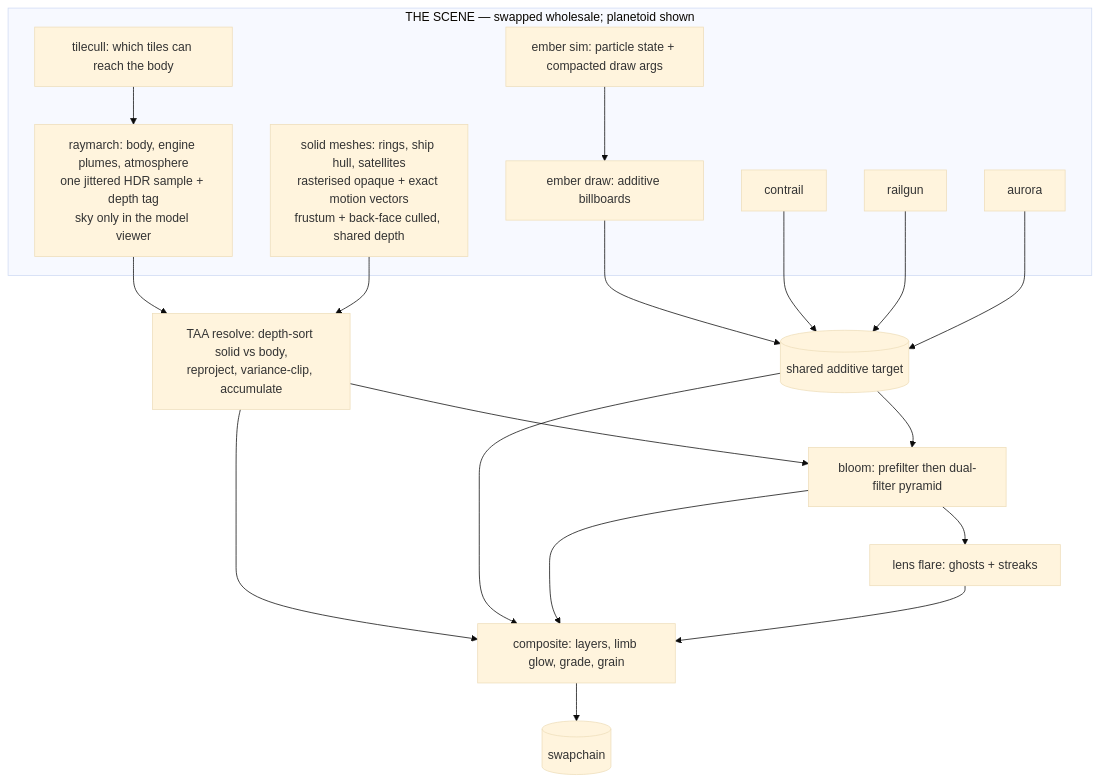
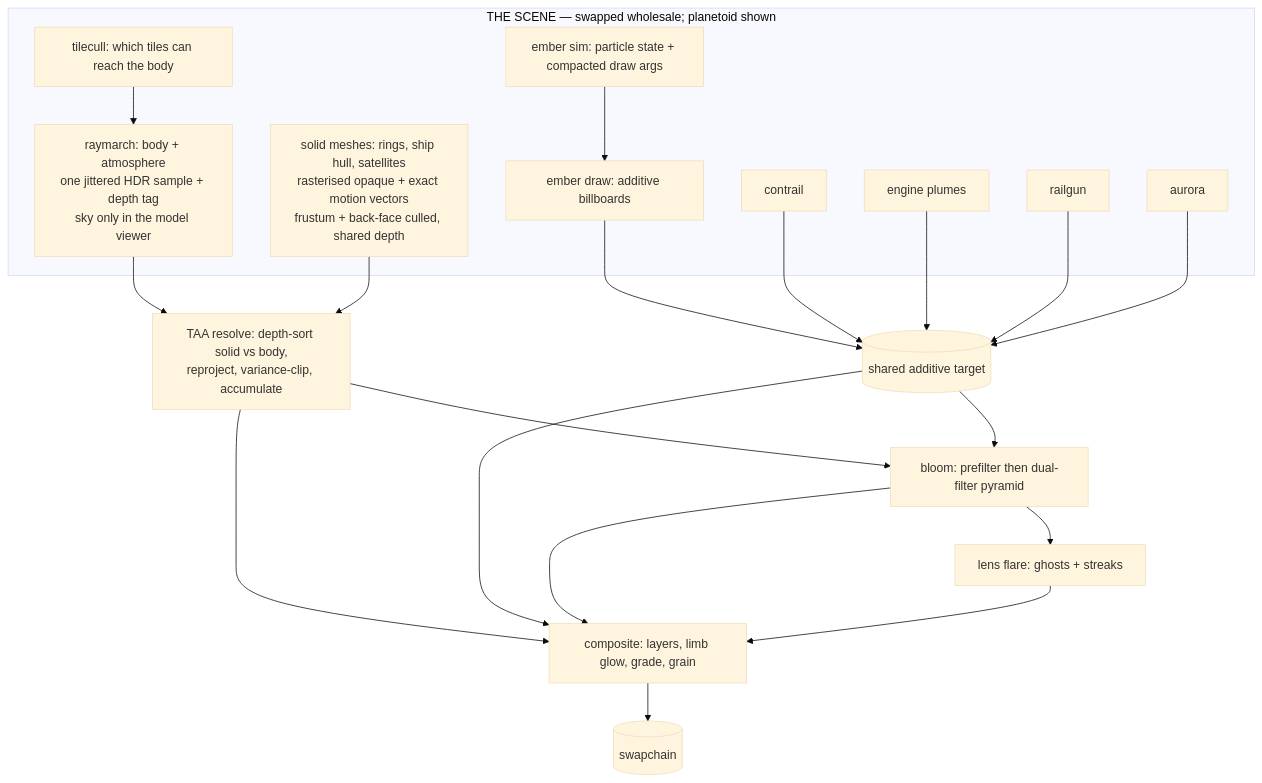
One commit to xernobyl/potential-fishstick changed the diagram in ARCHITECTURE.md. Above: the diagram before and after it, drawn with Mermaid (base theme). The commit also changed 7 other files, not shown here.

````diff
--- a/ARCHITECTURE.md
+++ b/ARCHITECTURE.md
@@ -97,28 +97,30 @@
 ```mermaid
 flowchart TD
     subgraph world["THE SCENE — swapped wholesale; planetoid shown"]
       tilecull[tilecull: which tiles can reach the body] --> raymarch
-      raymarch[raymarch: body, engine plumes, atmosphere<br/>one jittered HDR sample + depth tag<br/>sky only in the model viewer]
+      raymarch[raymarch: body + atmosphere<br/>one jittered HDR sample + depth tag<br/>sky only in the model viewer]
       solid[solid meshes: rings, ship hull, satellites<br/>rasterised opaque + exact motion vectors<br/>frustum + back-face culled, shared depth]
       sim[ember sim: particle state + compacted draw args] --> embers
       embers[ember draw: additive billboards]
       contrail[contrail]
+      shipjets[engine plumes]
       railgun[railgun]
       aurora[aurora]
     end
     raymarch --> taa
     solid --> taa
     embers --> additive
     contrail --> additive
+    shipjets --> additive
     railgun --> additive
     aurora --> additive
     taa[TAA resolve: depth-sort solid vs body,<br/>reproject, variance-clip, accumulate]
     taa --> bloom
     taa --> composite
     additive[(shared additive target)] --> bloom
     additive --> composite
     bloom[bloom: prefilter then dual-filter pyramid] --> flare
     bloom --> composite
     flare[lens flare: ghosts + streaks] --> composite
     composite[composite: layers, limb glow, grade, grain] --> swap[(swapchain)]
 ```
````
